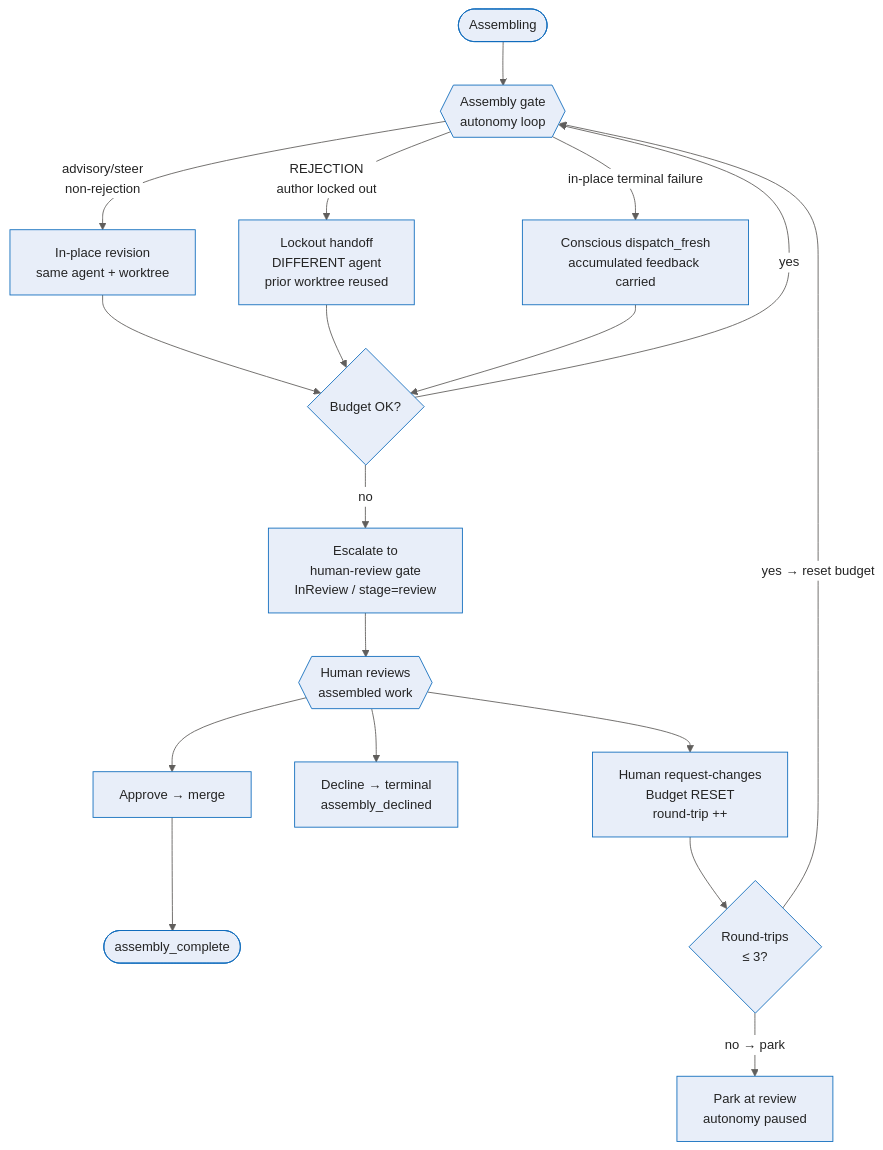
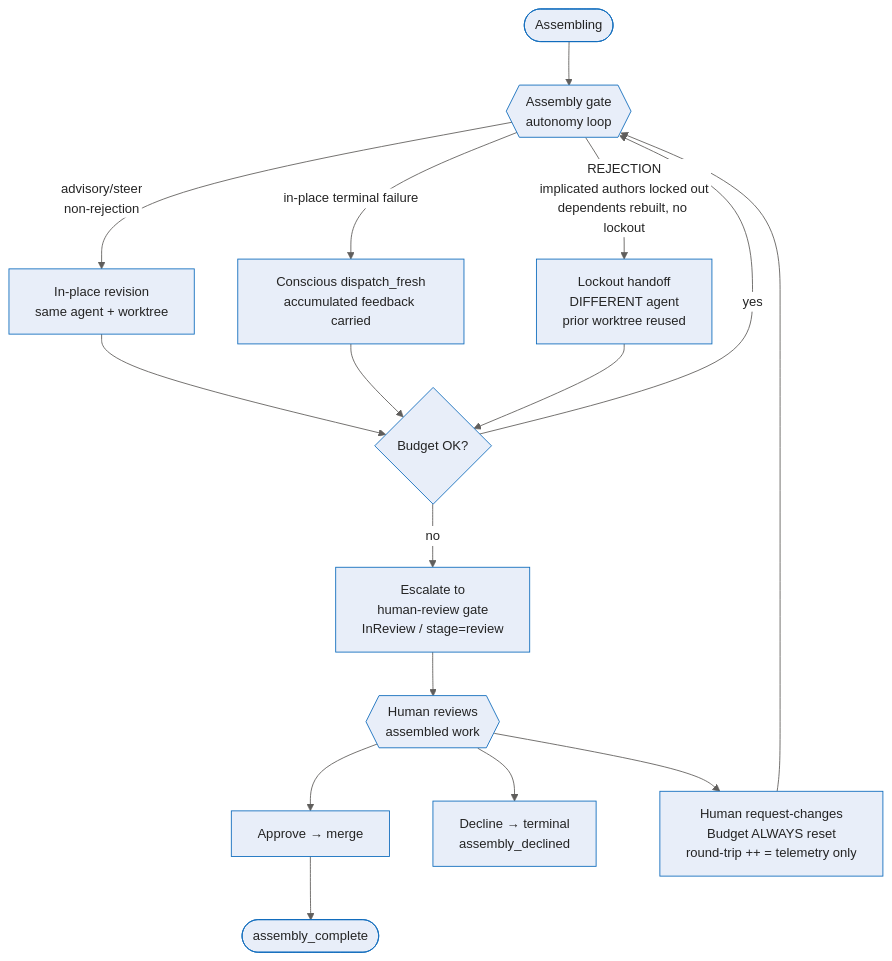
Before and after one commit to sabbour/agentweaver: the diagram in docs/deep-dive/resilient-assembly-review.md, drawn with Mermaid. The commit also changed other lines of this file and 27 other files, not shown here.

````diff
--- a/docs/deep-dive/resilient-assembly-review.md
+++ b/docs/deep-dive/resilient-assembly-review.md
@@ -37,34 +37,30 @@
 ```mermaid
 %%{init: {'theme':'base','themeVariables':{'fontFamily':'Segoe UI, system-ui, -apple-system, sans-serif','fontSize':'15px','primaryColor':'#E8EEF9','primaryBorderColor':'#0F6CBD','primaryTextColor':'#242424','lineColor':'#605E5C','clusterBkg':'#FAF9F8','clusterBorder':'#D2D0CE','edgeLabelBackground':'#FFFFFF'}}}%%
 flowchart TD
     AS([Assembling])
     Gate{{Assembly gate\nautonomy loop}}
     InPlace[In-place revision\nsame agent + worktree]
     FreshDispatch[Conscious dispatch_fresh\naccumulated feedback carried]
     LockoutDispatch[Lockout handoff\nDIFFERENT agent\nprior worktree reused]
     BudgetOK{Budget OK?}
     Escalate[Escalate to\nhuman-review gate\nInReview / stage=review]
     HumanActs{{Human reviews\nassembled work}}
     Approve[Approve → merge]
     Decline[Decline → terminal\nassembly_declined]
-    HumanChanges[Human request-changes\nBudget RESET\nround-trip ++ ]
-    MaxRoundTrips{Round-trips\n≤ 3?}
-    Park[Park at review\n autonomy paused]
+    HumanChanges[Human request-changes\nBudget ALWAYS reset\nround-trip ++ = telemetry only]
     Done([assembly_complete])
 
     AS --> Gate
     Gate -- advisory/steer\nnon-rejection --> InPlace
-    Gate -- REJECTION\nauthor locked out --> LockoutDispatch
+    Gate -- REJECTION\nimplicated authors locked out\ndependents rebuilt, no lockout --> LockoutDispatch
     Gate -- in-place terminal failure --> FreshDispatch
     InPlace --> BudgetOK
     FreshDispatch --> BudgetOK
     LockoutDispatch --> BudgetOK
     BudgetOK -- yes --> Gate
     BudgetOK -- no --> Escalate
     Escalate --> HumanActs
     HumanActs --> Approve --> Done
     HumanActs --> Decline
-    HumanActs --> HumanChanges --> MaxRoundTrips
-    MaxRoundTrips -- yes → reset budget --> Gate
-    MaxRoundTrips -- no → park --> Park
+    HumanActs --> HumanChanges --> Gate
 ```
````
